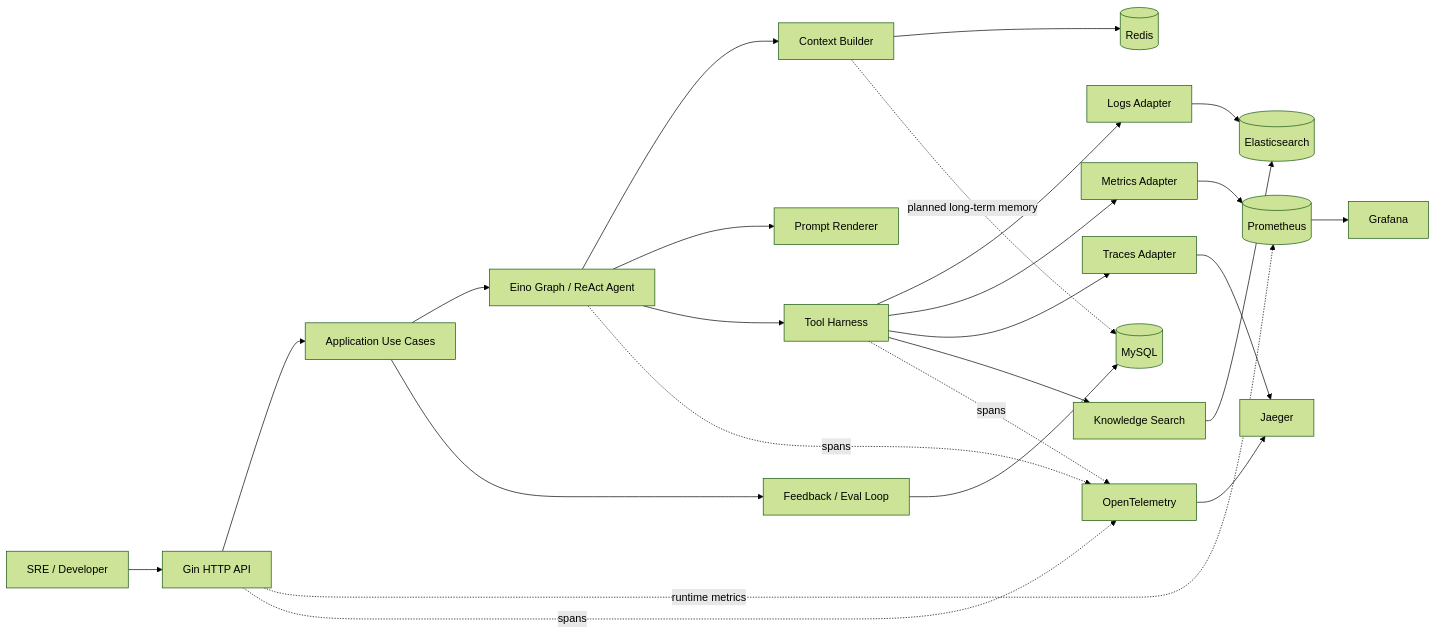
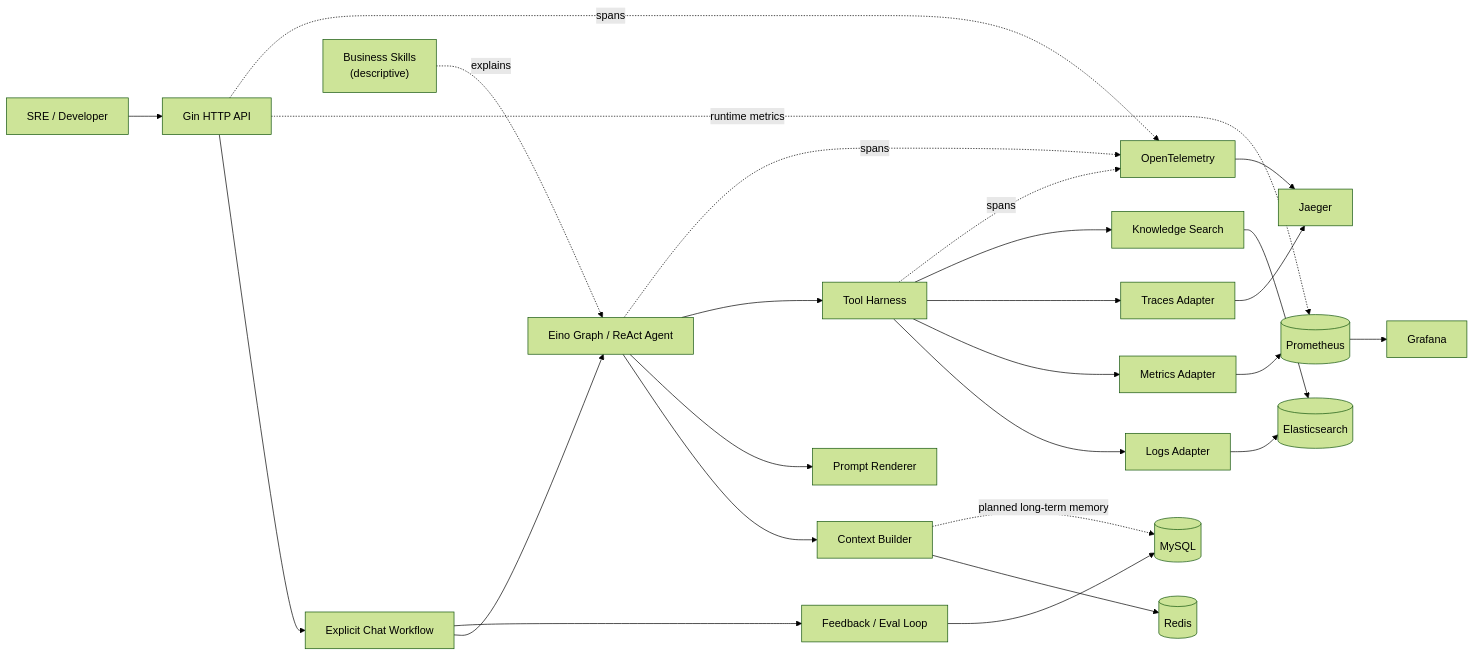
One commit to jiawei-wang-dev/WatchOps-Lite changed the first of 3 diagrams in docs/ARCHITECTURE.md. Above: the diagram before and after it, drawn with Mermaid (forest theme). The commit also changed other lines of this file and 11 other files, not shown here.

Commit message:
refactor: clarify Eino workflow and business skills

````diff
--- a/docs/ARCHITECTURE.md
+++ b/docs/ARCHITECTURE.md
@@ -7,27 +7,28 @@
 ```mermaid
 flowchart LR
     U["SRE / Developer"] --> API["Gin HTTP API"]
-    API --> APP["Application Use Cases"]
+    API --> APP["Explicit Chat Workflow"]
     APP --> AGENT["Eino Graph / ReAct Agent"]
+    SKILLS["Business Skills<br/>(descriptive)"] -. explains .-> AGENT
     AGENT --> CTX["Context Builder"]
     AGENT --> PROMPT["Prompt Renderer"]
     AGENT --> HARNESS["Tool Harness"]
     HARNESS --> LOGS["Logs Adapter"]
     HARNESS --> METRICS["Metrics Adapter"]
     HARNESS --> TRACES["Traces Adapter"]
     HARNESS --> RAG["Knowledge Search"]
     CTX --> REDIS[("Redis")]
     CTX -. planned long-term memory .-> MYSQL[("MySQL")]
     RAG --> ES[("Elasticsearch")]
     LOGS --> ES
     METRICS --> PROM[("Prometheus")]
     API -. runtime metrics .-> PROM
     PROM --> GRAFANA["Grafana"]
     TRACES --> JAEGER
     APP --> FEEDBACK["Feedback / Eval Loop"]
     FEEDBACK --> MYSQL
     API -. spans .-> OTEL["OpenTelemetry"]
     AGENT -. spans .-> OTEL
     HARNESS -. spans .-> OTEL
     OTEL --> JAEGER["Jaeger"]
 ```
````
